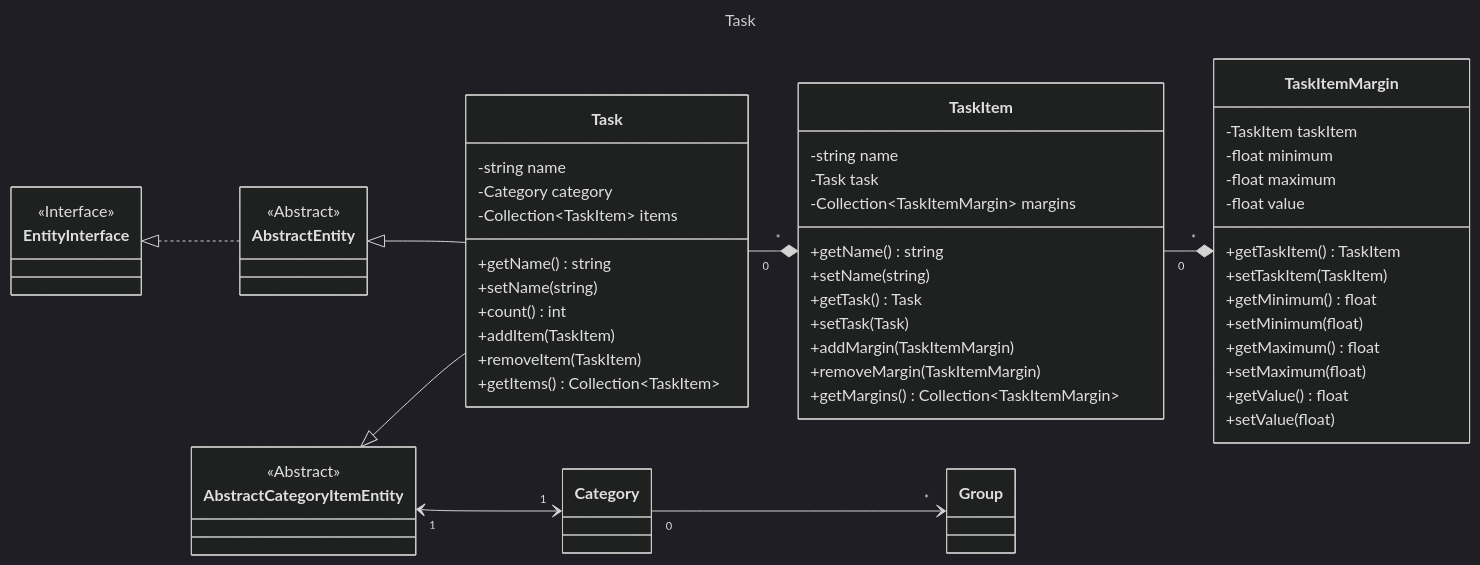
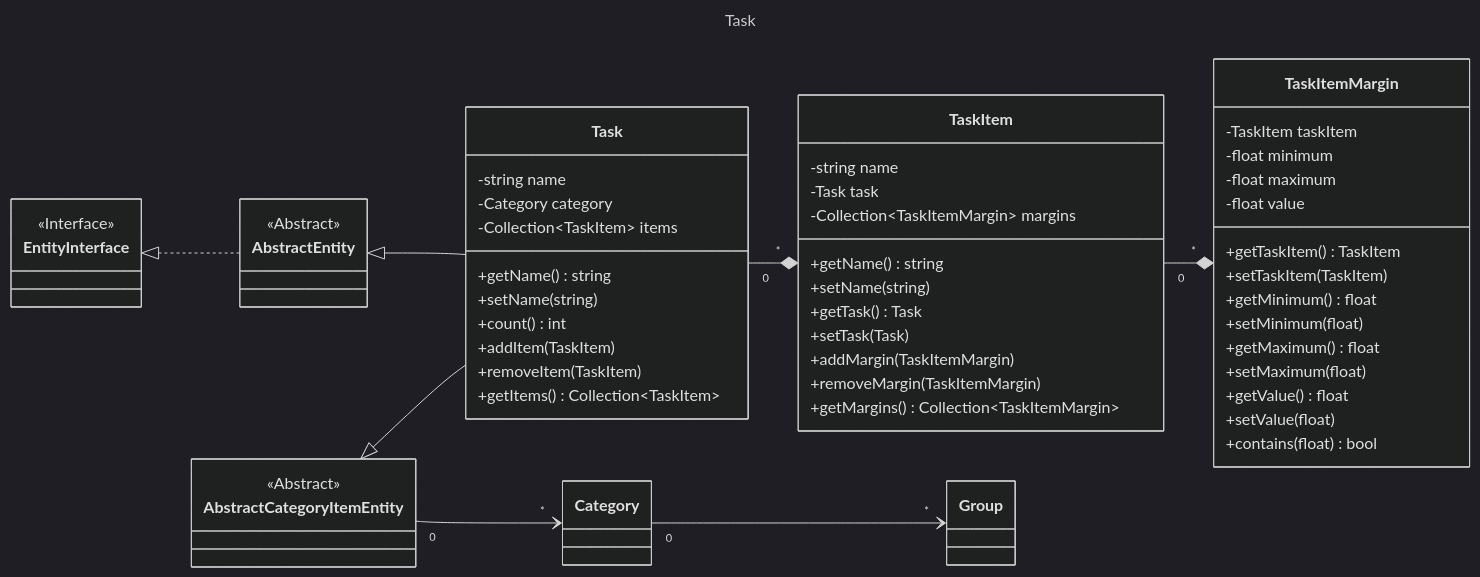
Before and after one commit to laurentmuller/calculation: the diagram in resources/diagrams/task.mmd, drawn with Mermaid (dark theme). The commit also changed 12 other files, not shown here.

Commit message:
Added diagram query.

```diff
--- a/resources/diagrams/task.mmd
+++ b/resources/diagrams/task.mmd
@@ -1,71 +1,72 @@
 ---
 title: Task
 ---
 
 classDiagram
     direction LR
 
     class AbstractCategoryItemEntity {
         <<Abstract>>
     }
 
     class Task {
         -string name
         -Category category
         -Collection~TaskItem~ items
         +getName() string
         +setName(string)
         +count() int
         +addItem(TaskItem)
         +removeItem(TaskItem)
         +getItems() Collection~TaskItem~
     }
 
     class TaskItem {
         -string name
         -Task task
         -Collection~TaskItemMargin~ margins
         +getName() string
         +setName(string)
         +getTask() Task
         +setTask(Task)
         +addMargin(TaskItemMargin)
         +removeMargin(TaskItemMargin)
         +getMargins() Collection~TaskItemMargin~
     }
 
     class TaskItemMargin {
         -TaskItem taskItem
         -float minimum
         -float maximum
         -float value
         +getTaskItem() TaskItem
         +setTaskItem(TaskItem)
         +getMinimum() float
         +setMinimum(float)
         +getMaximum() float
         +setMaximum(float)
         +getValue() float
         +setValue(float)
+        +contains(float) bool
     }
 
     class AbstractEntity {
         <<Abstract>>
     }
     class EntityInterface {
         <<Interface>>
     }
 
     EntityInterface <|.. AbstractEntity
     AbstractEntity <|-- Task
     AbstractCategoryItemEntity <|-- Task
-    AbstractCategoryItemEntity "1" <--> "1" Category
+    AbstractCategoryItemEntity "0" --> "*" Category
     Task "0" --* "*" TaskItem
     TaskItem "0" --* "*" TaskItemMargin
     Category "0" --> "*" Group
 
     click EntityInterface call nodeCallback()
     click AbstractEntity call nodeCallback()
     click AbstractCategoryItemEntity call nodeCallback()
     click Category call nodeCallback()
     click Group call nodeCallback()
```
